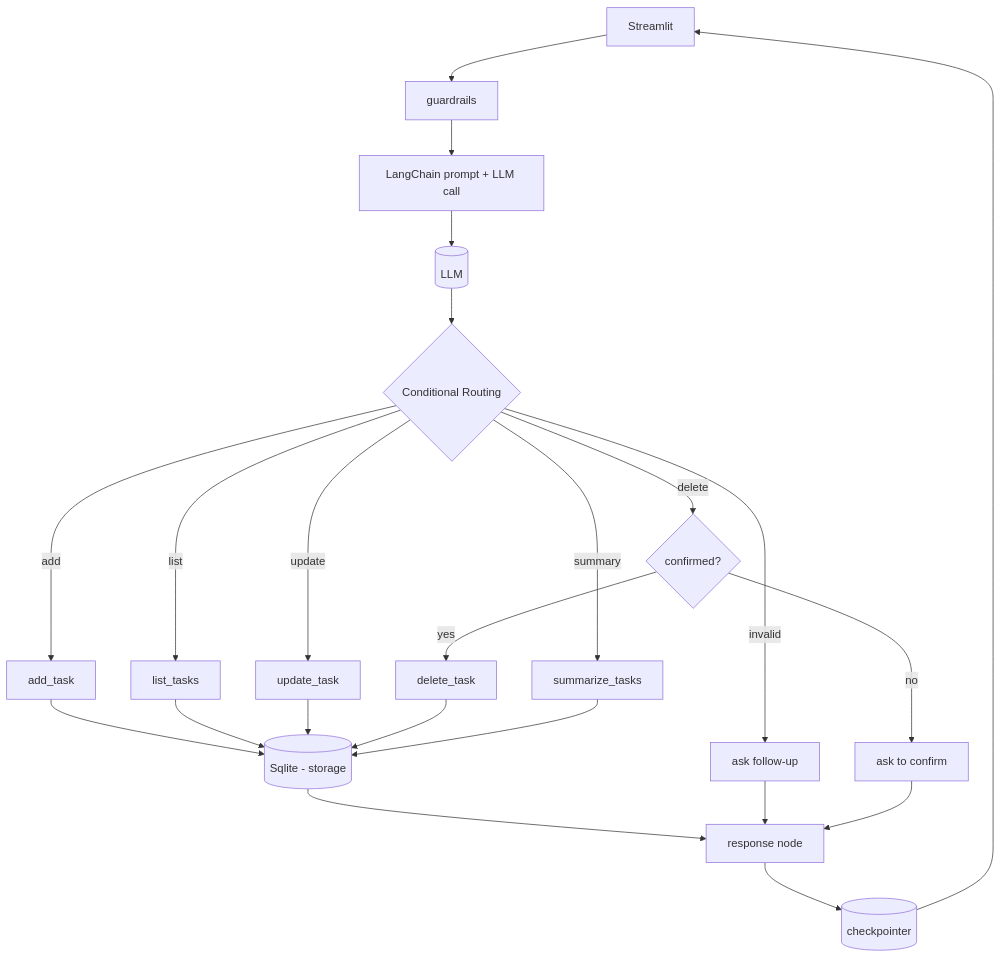
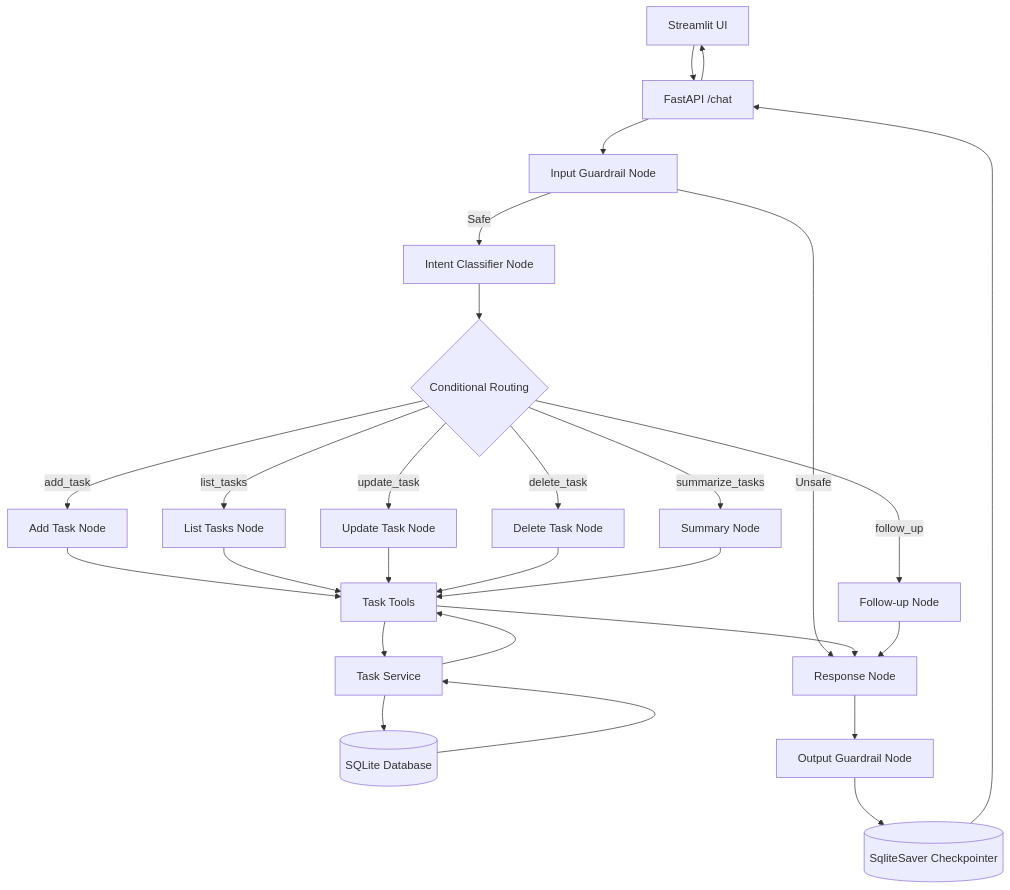
Before and after one commit to Ashminita28/productivity-assistant: the diagram in README.md, drawn with Mermaid. The commit also changed other lines of this file and 4 other files, not shown here.

````diff
--- a/README.md
+++ b/README.md
@@ -9,29 +35,35 @@
 ```mermaid
 flowchart TD
-  UI[Streamlit] --> guard1[guardrails]
-  guard1 --> classify["LangChain prompt + LLM call"]
-  classify --> llm[(LLM)]
-  llm --> route{Conditional Routing}
+  UI[Streamlit UI] --> API[FastAPI /chat]
+  API --> guard1[Input Guardrail Node]
+  
+  guard1 -->|Unsafe| respond[Response Node]
+  guard1 -->|Safe| classify[Intent Classifier Node]
+  
+  classify --> route{Conditional Routing}
+  
+  route -->|add_task| add[Add Task Node]
+  route -->|list_tasks| list[List Tasks Node]
+  route -->|update_task| update[Update Task Node]
+  route -->|delete_task| delete[Delete Task Node]
+  route -->|summarize_tasks| summary[Summary Node]
+  route -->|follow_up| clarify[Follow-up Node]
 
-  route -->|invalid| clarify[ask follow-up]
-  route -->|add| add[add_task]
-  route -->|list| list[list_tasks]
-  route -->|update| update[update_task]
-  route -->|delete| guard2{confirmed?}
-  route -->|summary| summary[summarize_tasks]
+  add --> tools[Task Tools]
+  list --> tools
+  update --> tools
+  delete --> tools
+  summary --> tools
 
-  guard2 -->|no| confirm[ask to confirm]
-  guard2 -->|yes| delete[delete_task]
-
-  add --> db[(Sqlite - storage)]
-  list --> db
-  update --> db
-  delete --> db
-  summary --> db
-
-  db --> respond["response node<br/>"]
+  tools --> service[Task Service]
+  service --> db[(SQLite Database)]
+  db --> service
+  service --> tools
+  tools --> respond
   clarify --> respond
-  confirm --> respond
-  respond --> ckpt[(checkpointer)]
-  ckpt --> UI
+  
+  respond --> guard2[Output Guardrail Node]
+  guard2 --> ckpt[(SqliteSaver Checkpointer)]
+  ckpt --> API
+  API --> UI
 ```
````
